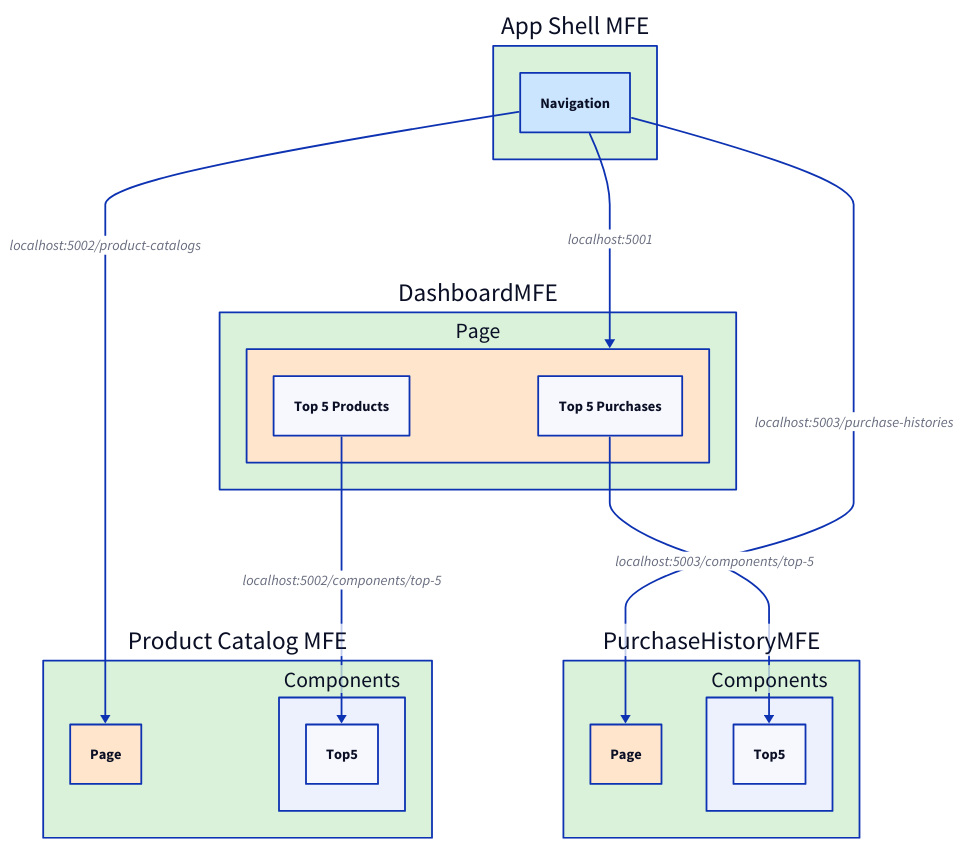
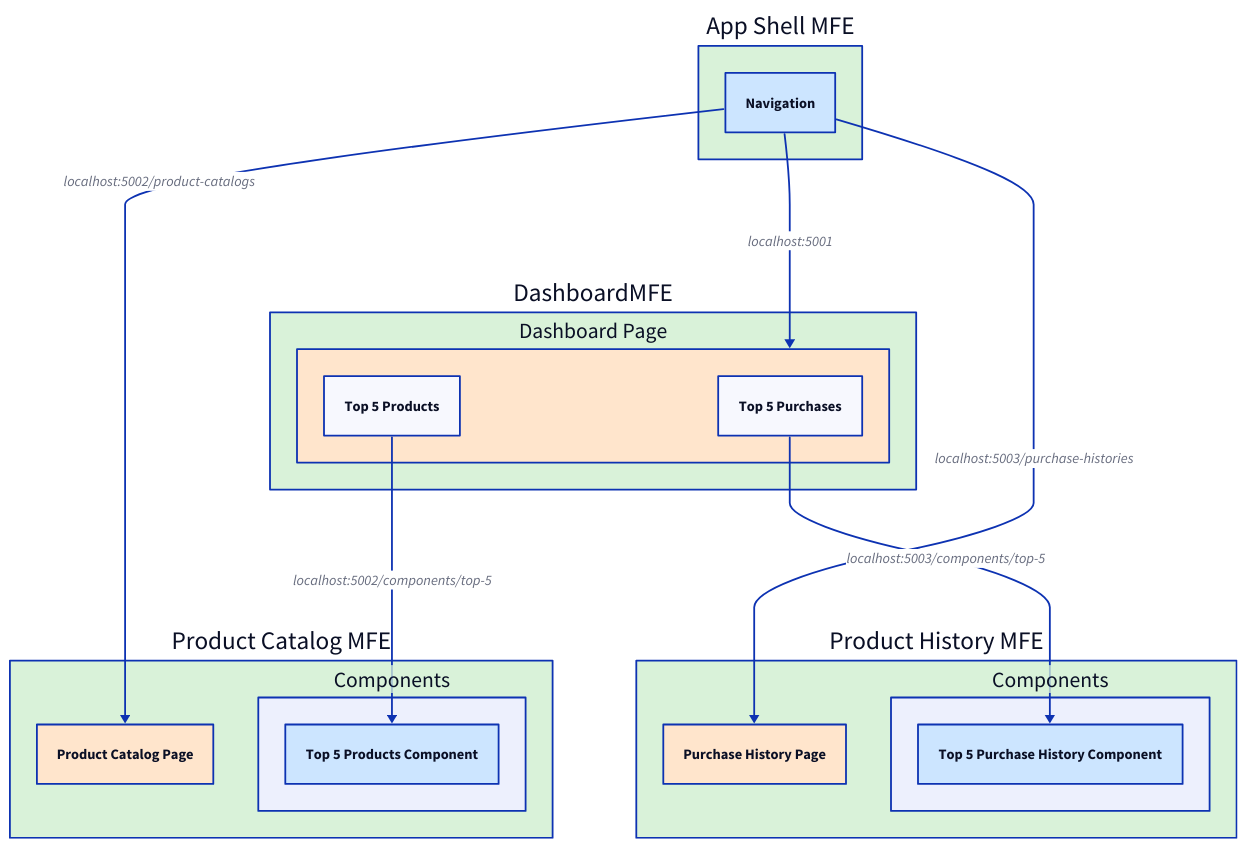
The diagram in microfrontends/diagrams/application.d2 (aleczandru1989/architectural-recipes), drawn with D2 before and after one commit. The commit also changed 1 other file, not shown here.

```diff
--- a/microfrontends/diagrams/application.d2
+++ b/microfrontends/diagrams/application.d2
@@ -1,48 +1,66 @@
 direction: down
 
 # Pages
 AppShell: {
   label: "App Shell MFE"
   style: { fill: "#d9f2d9"  }
 
   NavBar: "Navigation" {
     style: { fill: "#cce5ff"}    
   }
 }
 
 DashboardMFE: {
   style: { fill: "#d9f2d9"  }
 
   Page: {
+    label: "Dashboard Page"
     style: { fill: "#ffe5cc" }
     RecommendationComponent: "Top 5 Products"
     PurchaseHistoryComponent: "Top 5 Purchases"
   }
 }
 
 
 ProductCatalogMFE: {
   label: "Product Catalog MFE"
   style: { fill: "#d9f2d9"  }
   
   Page: {
+    label: "Product Catalog Page"
     style: { fill: "#ffe5cc" }
+  }
+
+   Components: {
+    top5: {
+      label: "Top 5 Products Component"
+      style: { fill: "#cce5ff"}    
+    }
   }
 }
 
 
 PurchaseHistoryMFE: {
+  label: "Product History MFE"
   style: { fill: "#d9f2d9" }
 
   Page: {
+    label: "Purchase History Page"
     style: { fill: "#ffe5cc" }
+  }
+
+  Components: {
+    top5: {
+      label: "Top 5 Purchase History Component"
+      style: { fill: "#cce5ff"}    
+    }
   }
 }
 
 AppShell.Navbar -> DashboardMFE.Page: "localhost:5001"
 AppShell.Navbar -> ProductCatalogMFE.Page: "localhost:5002/product-catalogs"
 AppShell.Navbar -> PurchaseHistoryMFE.Page: "localhost:5003/purchase-histories"
 
 
 DashboardMFE.Page.RecommendationComponent -> ProductCatalogMFE.Components.Top5: "localhost:5002/components/top-5"
 DashboardMFE.Page.PurchaseHistoryComponent -> PurchaseHistoryMFE.Components.Top5: "localhost:5003/components/top-5"
```
